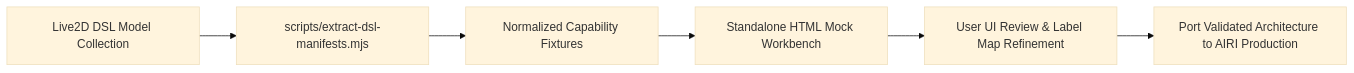
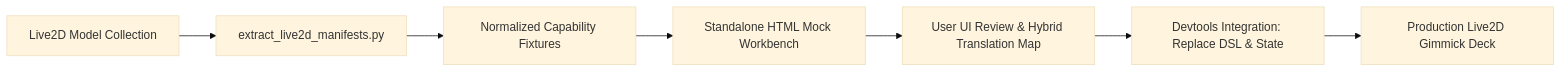
One commit to dasilva333/airi changed the third of 4 diagrams in docs/design-live2d-gimmick-deck-introspection.md. Above: the diagram before and after it, drawn with Mermaid (base theme). The commit also changed other lines of this file and 17 other files, not shown here.

First line of the commit message:
feat(live2d): introduce Live2D Gimmick Deck and hybrid translation architecture

````diff
--- a/docs/design-live2d-gimmick-deck-introspection.md
+++ b/docs/design-live2d-gimmick-deck-introspection.md
@@ -346,8 +346,9 @@
 ```mermaid
 flowchart LR
-    A[Live2D DSL Model Collection] --> B[scripts/extract-dsl-manifests.mjs]
+    A[Live2D Model Collection] --> B[extract_live2d_manifests.py]
     B --> C[Normalized Capability Fixtures]
     C --> D[Standalone HTML Mock Workbench]
-    D --> E[User UI Review & Label Map Refinement]
-    E --> F[Port Validated Architecture to AIRI Production]
+    D --> E[User UI Review & Hybrid Translation Map]
+    E --> F[Devtools Integration: Replace DSL & State]
+    F --> G[Production Live2D Gimmick Deck]
 ```
````
